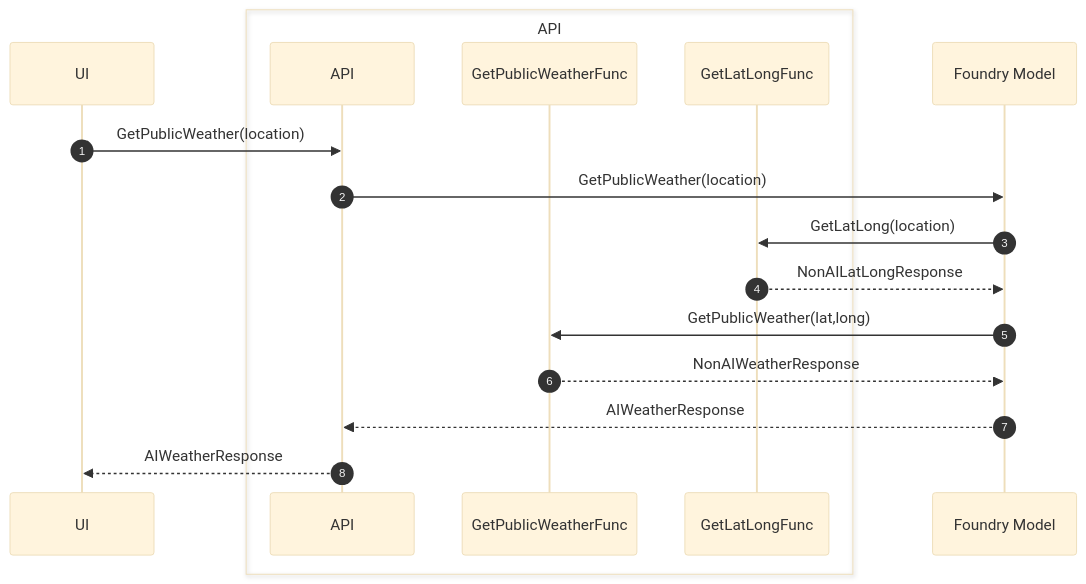
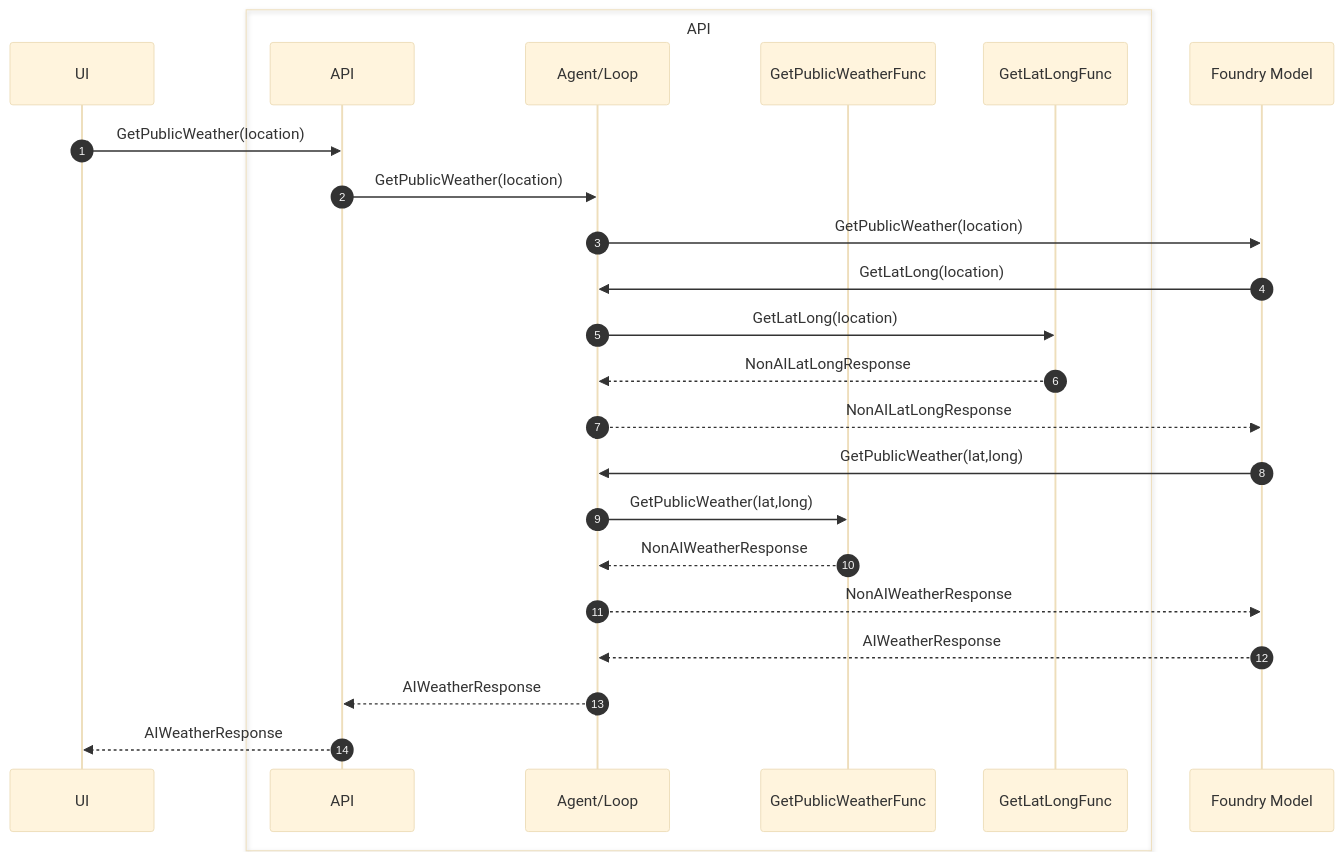
The third of 5 diagrams in docs/4-demystifying-foundry-agents-mcp/demystifying-foundry-agents-mcp.md (dustinkorzaan/weather-1116), drawn with Mermaid (base theme) before and after one commit. The commit also changed other lines of this file and 3 other files, not shown here.

First line of the commit message:
Consolidate looping diagrams into main Foundry doc

````diff
--- a/docs/4-demystifying-foundry-agents-mcp/demystifying-foundry-agents-mcp.md
+++ b/docs/4-demystifying-foundry-agents-mcp/demystifying-foundry-agents-mcp.md
@@ -68,20 +68,27 @@
   ```mermaid
   sequenceDiagram
       autonumber
       participant UI
       box API
           participant API
+          participant AppLoop as Agent/Loop
           participant GetPublicWeatherFunc
           participant GetLatLongFunc
       end
       participant Model as Foundry Model
 
       UI->>API: GetPublicWeather(location)
-      API->>Model: GetPublicWeather(location)
-      Model->>GetLatLongFunc: GetLatLong(location)
-      GetLatLongFunc-->>Model: NonAILatLongResponse
-      Model->>GetPublicWeatherFunc: GetPublicWeather(lat,long)
-      GetPublicWeatherFunc-->>Model: NonAIWeatherResponse
-      Model-->>API: AIWeatherResponse
+      API->>AppLoop: GetPublicWeather(location)
+      AppLoop->>Model: GetPublicWeather(location)
+      Model->>AppLoop: GetLatLong(location)
+      AppLoop->>GetLatLongFunc: GetLatLong(location)
+      GetLatLongFunc-->>AppLoop: NonAILatLongResponse
+      AppLoop-->>Model: NonAILatLongResponse
+      Model->>AppLoop: GetPublicWeather(lat,long)
+      AppLoop->>GetPublicWeatherFunc: GetPublicWeather(lat,long)
+      GetPublicWeatherFunc-->>AppLoop: NonAIWeatherResponse
+      AppLoop-->>Model: NonAIWeatherResponse
+      Model-->>AppLoop: AIWeatherResponse
+      AppLoop-->>API: AIWeatherResponse
       API-->>UI: AIWeatherResponse
   ```
````
